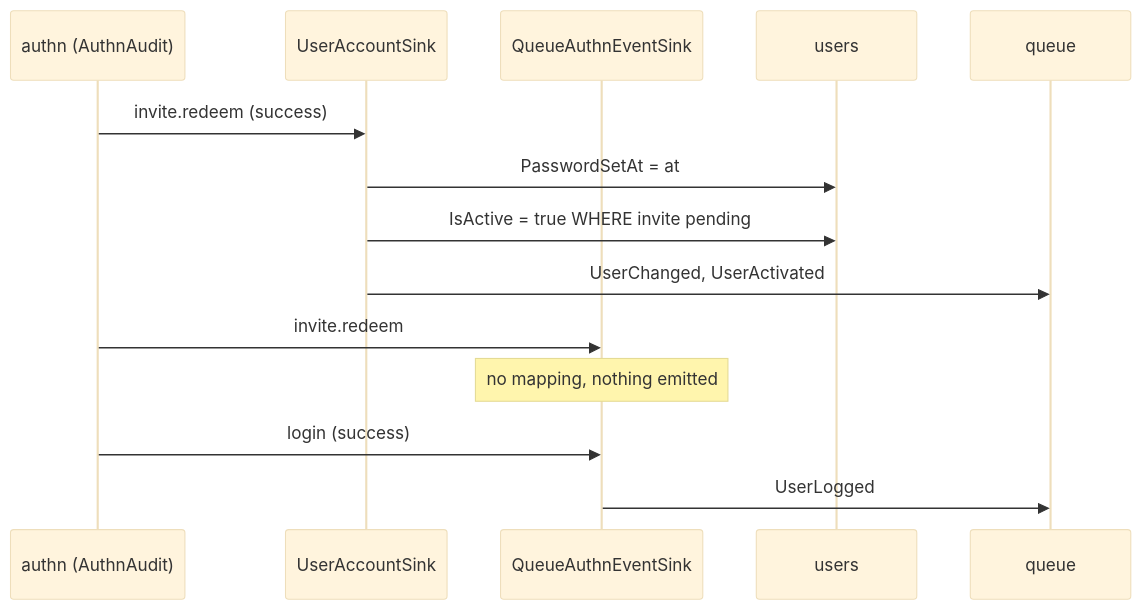
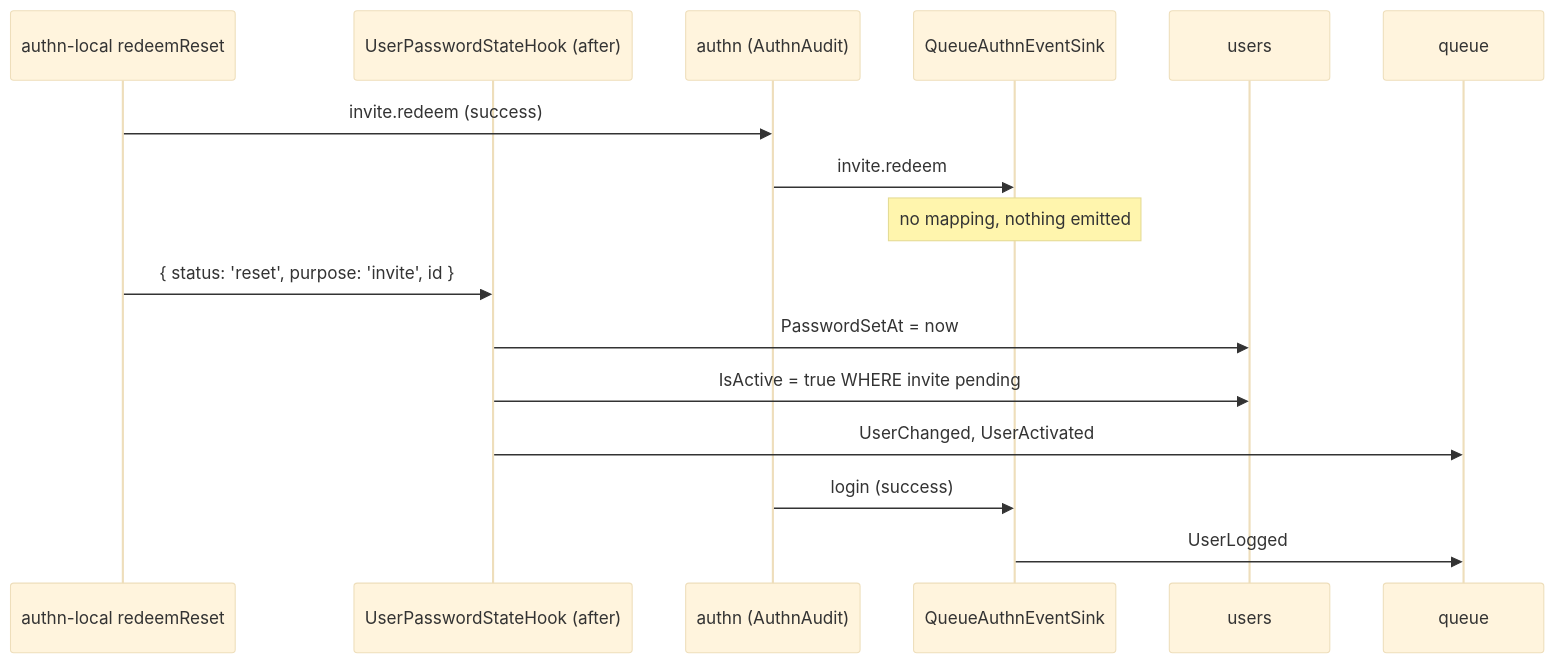
The diagram in docs/users/08-authn-event-sinks.md (spinajs/main), drawn with Mermaid (base theme) before and after one commit. The commit also changed other lines of this file and 21 other files, not shown here.

````diff
--- a/docs/users/08-authn-event-sinks.md
+++ b/docs/users/08-authn-event-sinks.md
@@ -27,16 +24,18 @@
 ```mermaid
 sequenceDiagram
+  participant L as authn-local redeemReset
+  participant H as UserPasswordStateHook (after)
   participant A as authn (AuthnAudit)
-  participant U as UserAccountSink
   participant Q as QueueAuthnEventSink
   participant DB as users
   participant E as queue
-  A->>U: invite.redeem (success)
-  U->>DB: PasswordSetAt = at
-  U->>DB: IsActive = true WHERE invite pending
-  U->>E: UserChanged, UserActivated
+  L->>A: invite.redeem (success)
   A->>Q: invite.redeem
   Note over Q: no mapping, nothing emitted
+  L->>H: { status: 'reset', purpose: 'invite', id }
+  H->>DB: PasswordSetAt = now
+  H->>DB: IsActive = true WHERE invite pending
+  H->>E: UserChanged, UserActivated
   A->>Q: login (success)
   Q->>E: UserLogged
 ```
````
